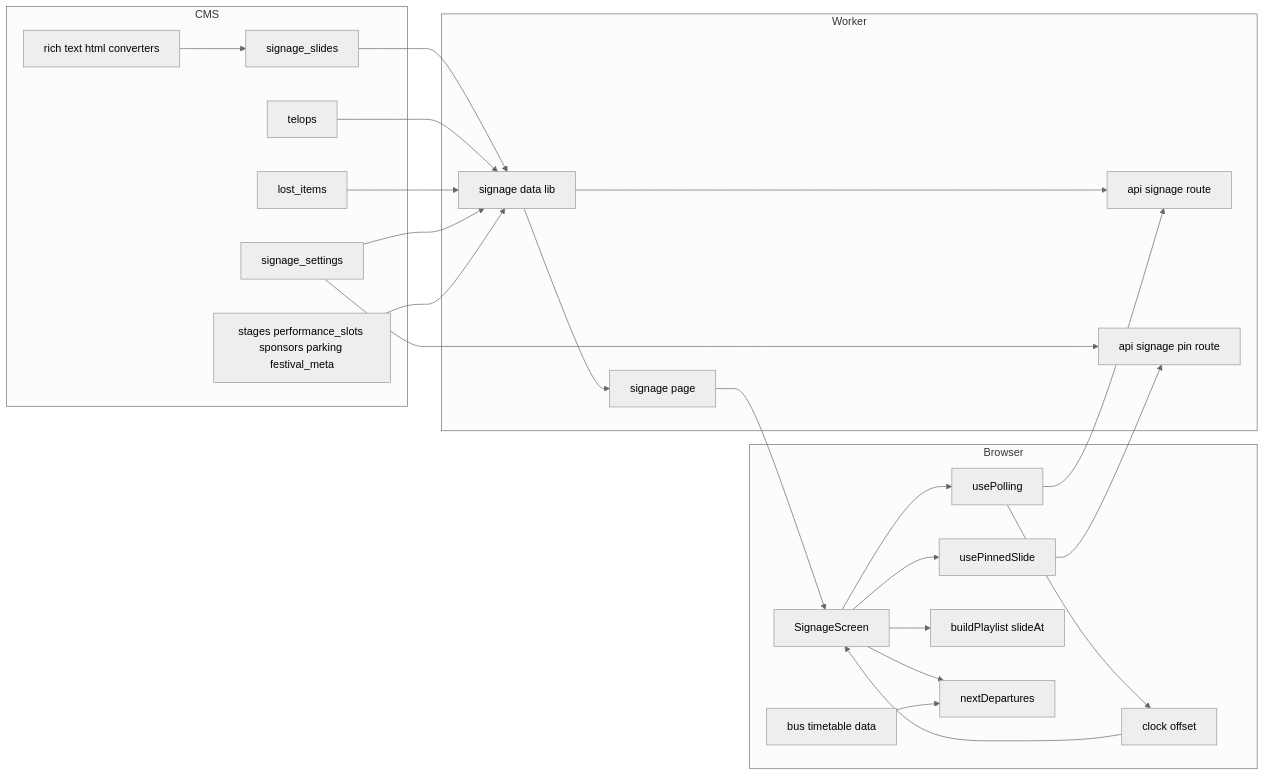
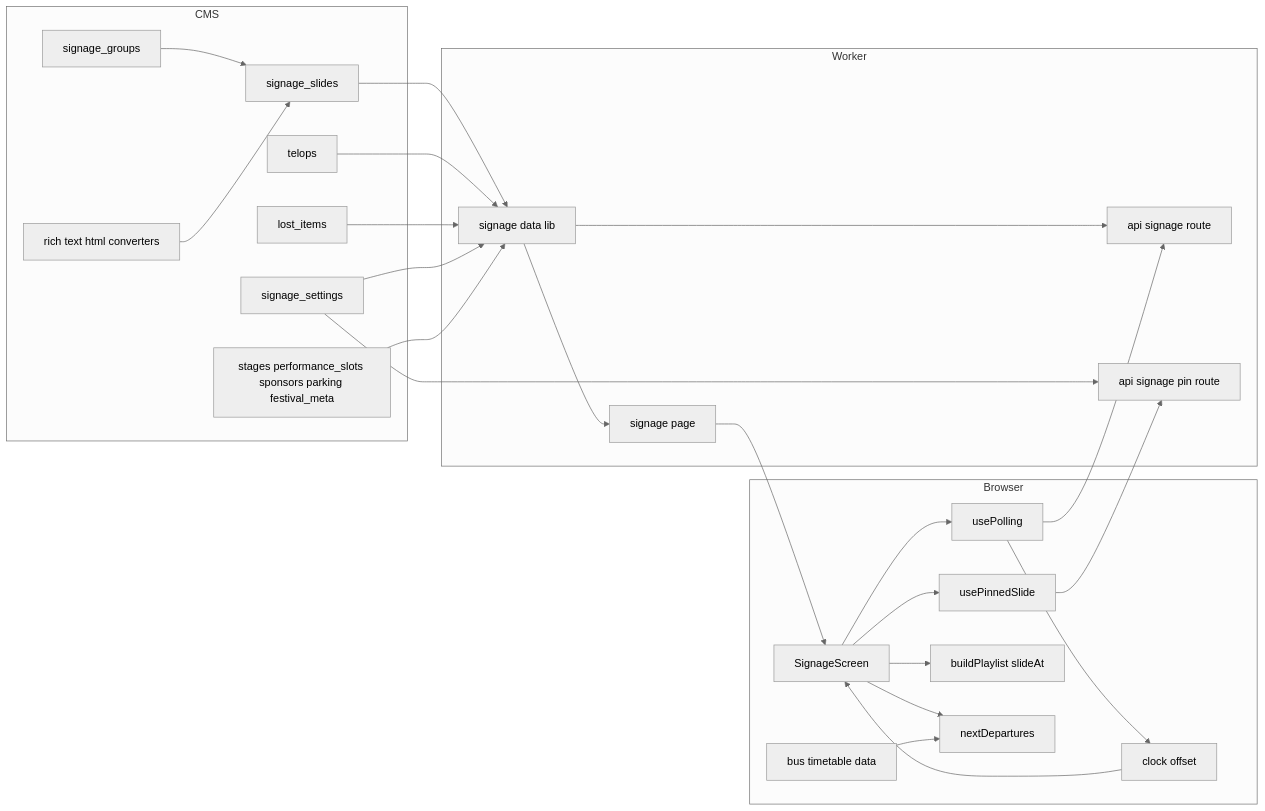
The first of 6 diagrams in .kiro/specs/digital-signage/design.md (aramakisai/aramakisai-web), drawn with Mermaid (neutral theme) before and after one commit. The commit also changed other lines of this file and 2 other files, not shown here.

First line of the commit message:
docs(spec): digital-signage にスライドのグループと一括の表示切り替えを加える

````diff
--- a/.kiro/specs/digital-signage/design.md
+++ b/.kiro/specs/digital-signage/design.md
@@ -66,45 +67,47 @@
 ```mermaid
 graph LR
   subgraph CMS
     Slides[signage_slides]
+    Groups[signage_groups]
     Telops[telops]
     Lost[lost_items]
     Settings[signage_settings]
     Existing[stages performance_slots sponsors parking festival_meta]
     Conv[rich text html converters]
   end
   subgraph Worker
     Api[api signage route]
     PinApi[api signage pin route]
     Data[signage data lib]
     Page[signage page]
   end
   subgraph Browser
     Screen[SignageScreen]
     Poll[usePolling]
     PinPoll[usePinnedSlide]
     Playlist[buildPlaylist slideAt]
     Clock[clock offset]
     Bus[nextDepartures]
     BusData[bus timetable data]
   end
+  Groups --> Slides
   Slides --> Data
   Telops --> Data
   Lost --> Data
   Settings --> Data
   Settings --> PinApi
   Existing --> Data
   Conv --> Slides
   Data --> Api
   Data --> Page
   Page --> Screen
   Poll --> Api
   Screen --> Poll
   Screen --> PinPoll
   PinPoll --> PinApi
   Poll --> Clock
   Clock --> Screen
   Screen --> Playlist
   Screen --> Bus
   BusData --> Bus
 ```
````
